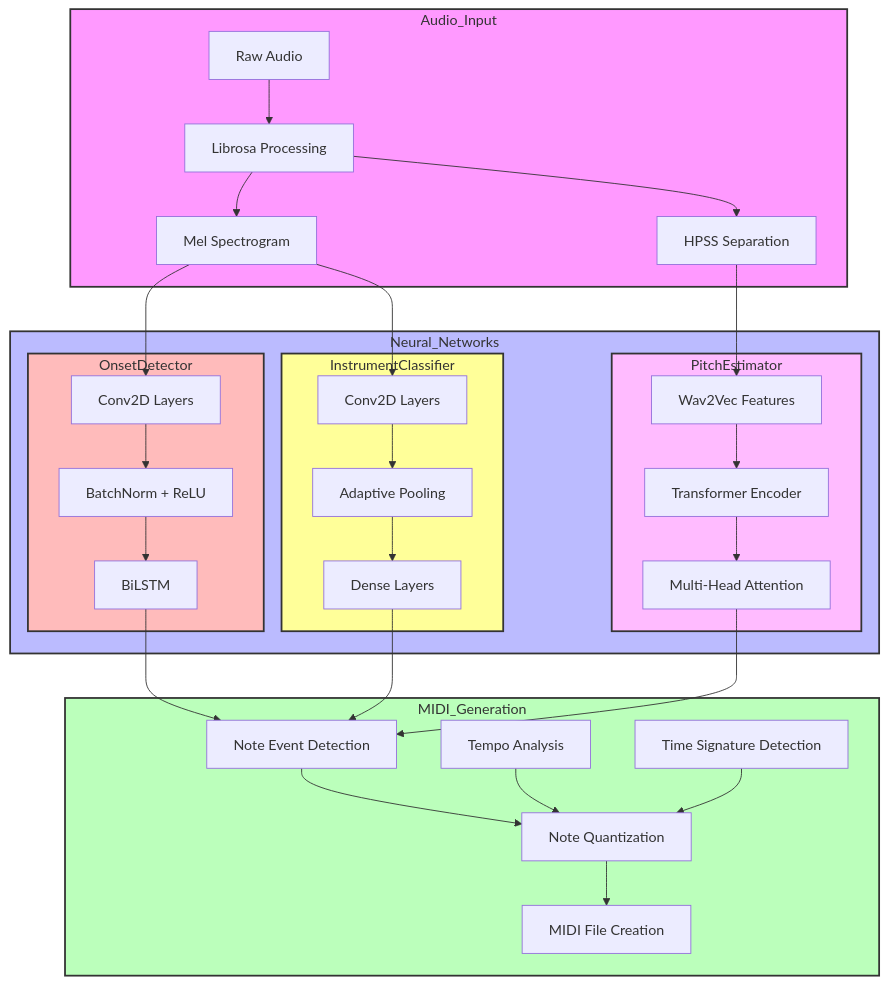
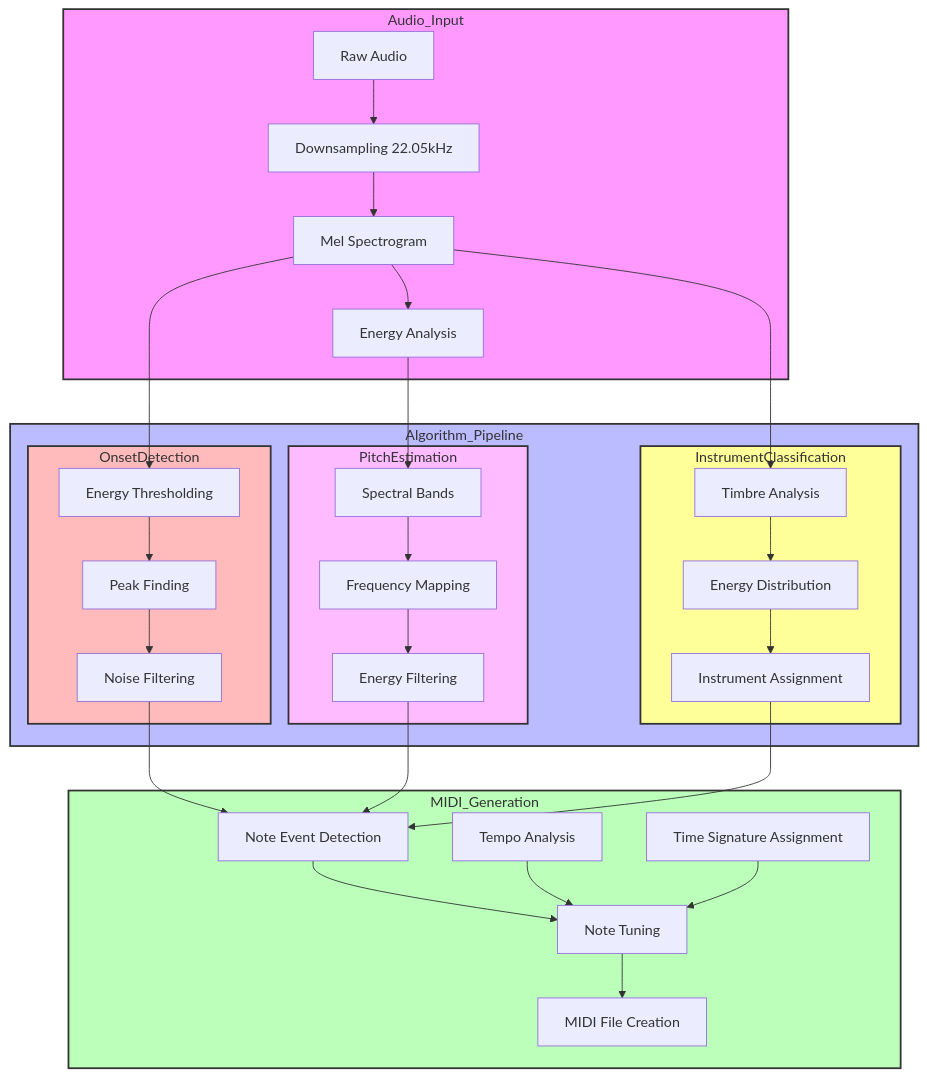
The second of 2 diagrams in README.md (robinfrancis186/NoteFlow), drawn with Mermaid before and after one commit. The commit also changed other lines of this file, not shown here.

Commit message:
Update README with performance comparison chart and optimization details

````diff
--- a/README.md
+++ b/README.md
@@ -55,52 +62,52 @@
 ```mermaid
 graph TB
     subgraph Audio_Input
-        A1[Raw Audio] --> A2[Librosa Processing]
+        A1[Raw Audio] --> A2[Downsampling 22.05kHz]
         A2 --> A3[Mel Spectrogram]
-        A2 --> A4[HPSS Separation]
+        A3 --> A4[Energy Analysis]
     end
 
-    subgraph Neural_Networks
-        subgraph OnsetDetector
-            B1[Conv2D Layers]
-            B2[BatchNorm + ReLU]
-            B3[BiLSTM]
+    subgraph Algorithm_Pipeline
+        subgraph OnsetDetection
+            B1[Energy Thresholding]
+            B2[Peak Finding]
+            B3[Noise Filtering]
             B1 --> B2 --> B3
         end
 
-        subgraph PitchEstimator
-            C1[Wav2Vec Features]
-            C2[Transformer Encoder]
-            C3[Multi-Head Attention]
+        subgraph PitchEstimation
+            C1[Spectral Bands]
+            C2[Frequency Mapping]
+            C3[Energy Filtering]
             C1 --> C2 --> C3
         end
 
-        subgraph InstrumentClassifier
-            D1[Conv2D Layers]
-            D2[Adaptive Pooling]
-            D3[Dense Layers]
+        subgraph InstrumentClassification
+            D1[Timbre Analysis]
+            D2[Energy Distribution]
+            D3[Instrument Assignment]
             D1 --> D2 --> D3
         end
     end
 
     subgraph MIDI_Generation
         E1[Note Event Detection]
         E2[Tempo Analysis]
-        E3[Time Signature Detection]
-        E4[Note Quantization]
+        E3[Time Signature Assignment]
+        E4[Note Tuning]
         E5[MIDI File Creation]
         E1 & E2 & E3 --> E4 --> E5
     end
 
     A3 --> B1
     A4 --> C1
     A3 --> D1
     B3 & C3 & D3 --> E1
 
     style Audio_Input fill:#f9f,stroke:#333,stroke-width:2px
-    style Neural_Networks fill:#bbf,stroke:#333,stroke-width:2px
+    style Algorithm_Pipeline fill:#bbf,stroke:#333,stroke-width:2px
     style MIDI_Generation fill:#bfb,stroke:#333,stroke-width:2px
-    style OnsetDetector fill:#fbb,stroke:#333,stroke-width:2px
-    style PitchEstimator fill:#fbf,stroke:#333,stroke-width:2px
-    style InstrumentClassifier fill:#ff9,stroke:#333,stroke-width:2px
+    style OnsetDetection fill:#fbb,stroke:#333,stroke-width:2px
+    style PitchEstimation fill:#fbf,stroke:#333,stroke-width:2px
+    style InstrumentClassification fill:#ff9,stroke:#333,stroke-width:2px
 ```
````
